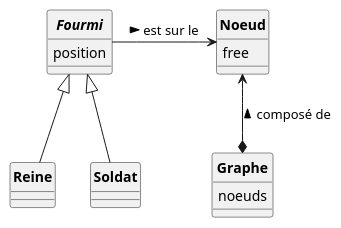
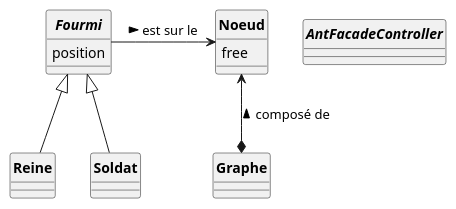
The diagram in Code/uml/Fourmis_DCa.puml (ErenMustafaGit/ColonieFourmis), drawn with PlantUML before and after one commit. The commit also changed 1 other file, not shown here.

Commit message:
Modification du diagramme de classe d'analyse

```diff
--- a/Code/uml/Fourmis_DCa.puml
+++ b/Code/uml/Fourmis_DCa.puml
@@ -1,28 +1,32 @@
 @startuml
 'https://plantuml.com/sequence-diagram
 skinparam style strictuml
 skinparam classAttributeIconSize 0
 skinparam circledCharacterRadius 0
 skinparam circledCharacterFontSize 0
 skinparam classFontStyle Bold
 'autonumber
 
+interface AntFacadeController{
+
+}
+
 class Graphe {
-noeuds
+
 }
 class Noeud{
 free
 }
 
 abstract Fourmi {
 position
 }
 class Reine extends Fourmi{
 }
 class Soldat extends Fourmi{
 }
 
 Graphe *-u-> Noeud : composé de >
 Fourmi  -> Noeud : est sur le >
 
 @enduml
```
